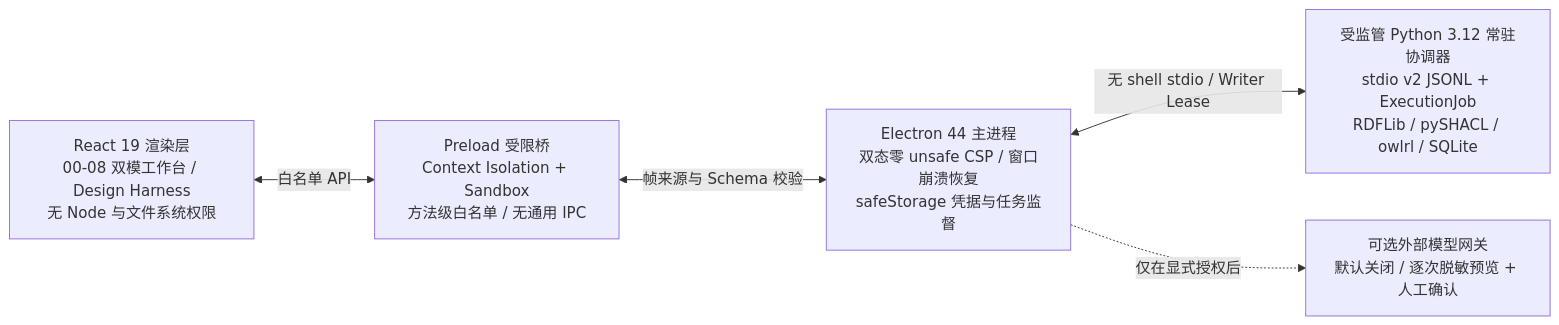
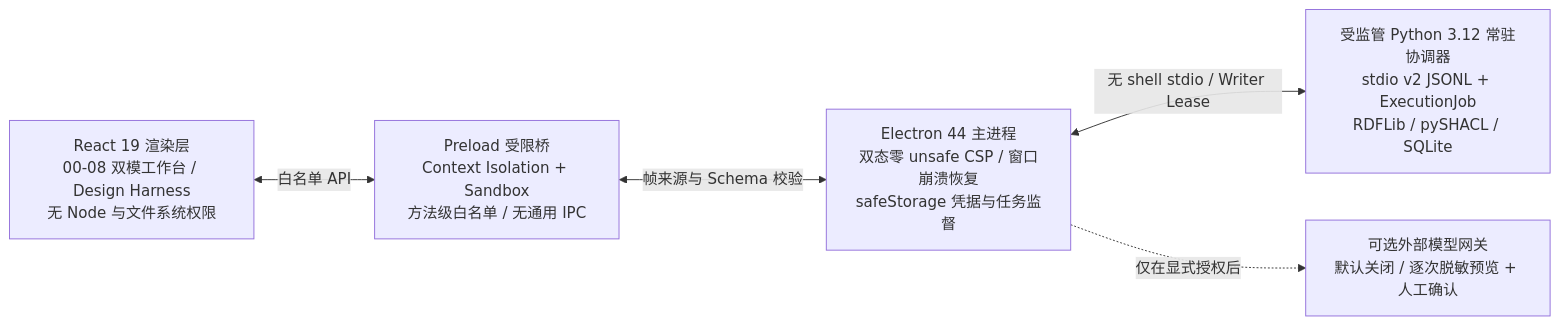
Before and after one commit to NOmoreJoke/OntoLearn-Studio: the diagram in README.md, drawn with Mermaid. The commit also changed other lines of this file and 2 other files, not shown here.

````diff
--- a/README.md
+++ b/README.md
@@ -73,13 +73,13 @@
 ```mermaid
 flowchart LR
   UI["React 19 渲染层<br/>00-08 双模工作台 / Design Harness<br/>无 Node 与文件系统权限"]
   PRE["Preload 受限桥<br/>Context Isolation + Sandbox<br/>方法级白名单 / 无通用 IPC"]
   MAIN["Electron 44 主进程<br/>双态零 unsafe CSP / 窗口崩溃恢复<br/>safeStorage 凭据与任务监督"]
-  ENG["受监管 Python 3.12 常驻协调器<br/>stdio v2 JSONL + ExecutionJob<br/>RDFLib / pySHACL / owlrl / SQLite"]
+  ENG["受监管 Python 3.12 常驻协调器<br/>stdio v2 JSONL + ExecutionJob<br/>RDFLib / pySHACL / SQLite"]
   LLM["可选外部模型网关<br/>默认关闭 / 逐次脱敏预览 + 人工确认"]
 
   UI <-->|"白名单 API"| PRE
   PRE <-->|"帧来源与 Schema 校验"| MAIN
   MAIN <-->|"无 shell stdio / Writer Lease"| ENG
   MAIN -.->|"仅在显式授权后"| LLM
 ```
````
